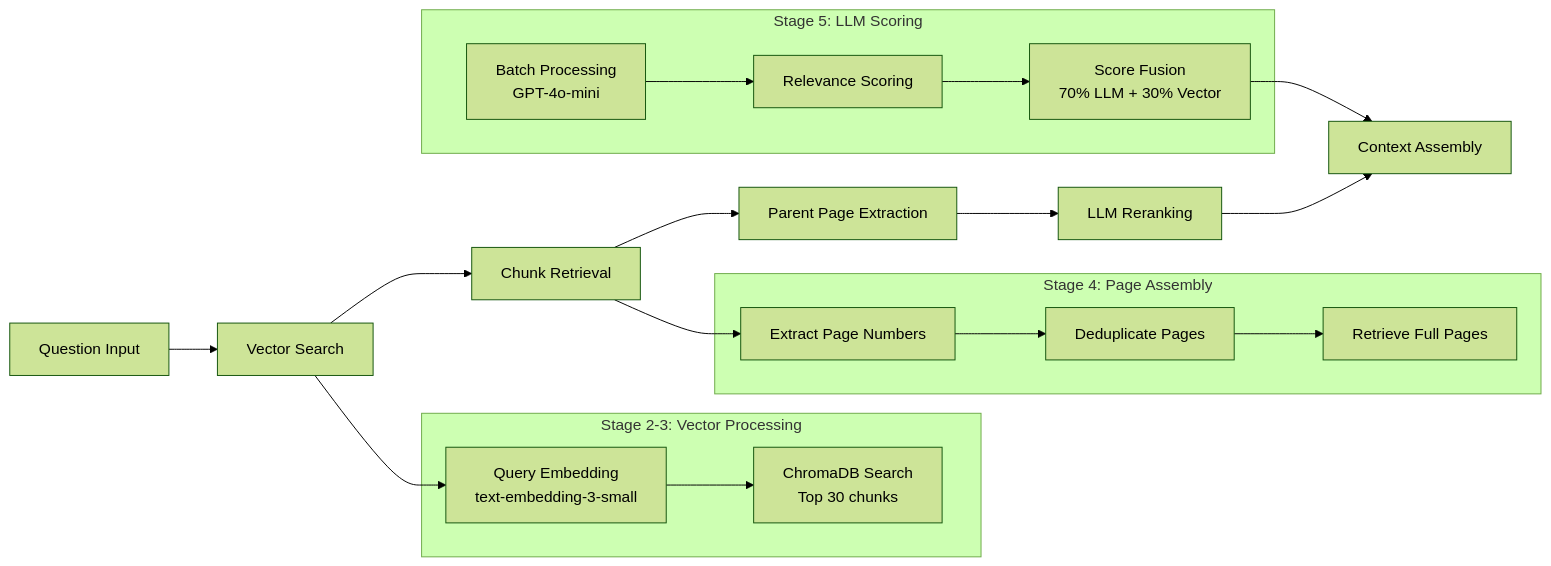
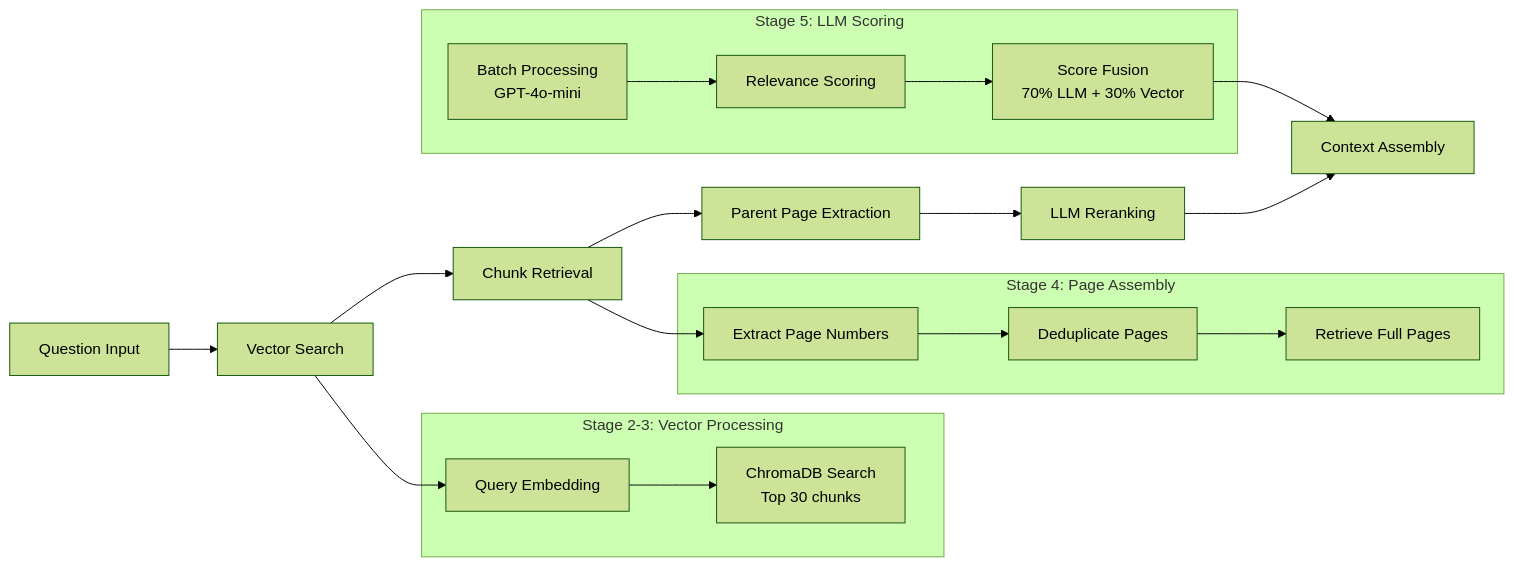
Before and after one commit to xxcs13/RAGv1: the second of 2 diagrams in README.md, drawn with Mermaid (forest theme).

````diff
--- a/README.md
+++ b/README.md
@@ -94,32 +94,32 @@
 ```mermaid
 flowchart LR
     A[Question Input] --> B[Vector Search]
     B --> C[Chunk Retrieval]
     C --> D[Parent Page Extraction]
     D --> E[LLM Reranking]
     E --> F[Context Assembly]
 
     subgraph "Stage 2-3: Vector Processing"
-        B1[Query Embedding<br/>text-embedding-3-small]
+        B1[Query Embedding]
         B2[ChromaDB Search<br/>Top 30 chunks]
         B1 --> B2
     end
 
     subgraph "Stage 4: Page Assembly"
         D1[Extract Page Numbers]
         D2[Deduplicate Pages]
         D3[Retrieve Full Pages]
         D1 --> D2 --> D3
     end
 
     subgraph "Stage 5: LLM Scoring"
         E1[Batch Processing<br/>GPT-4o-mini]
         E2[Relevance Scoring]
         E3[Score Fusion<br/>70% LLM + 30% Vector]
         E1 --> E2 --> E3
     end
 
     B --> B1
     C --> D1
     E3 --> F
 ```
````
